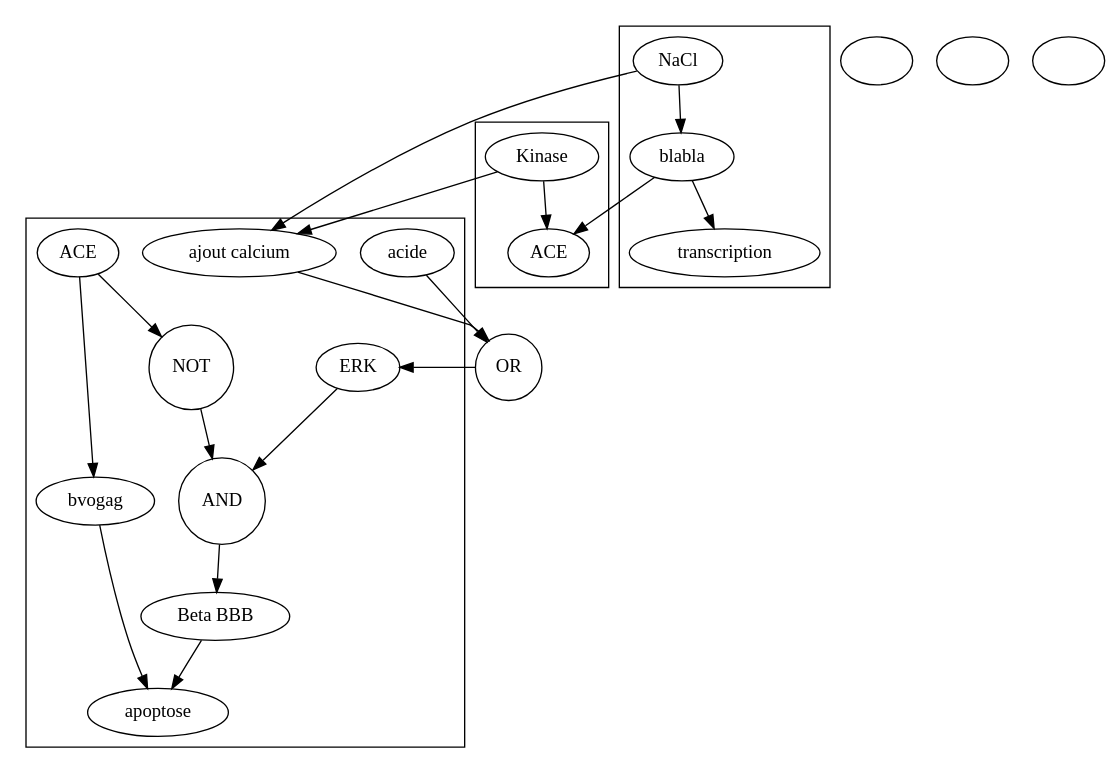
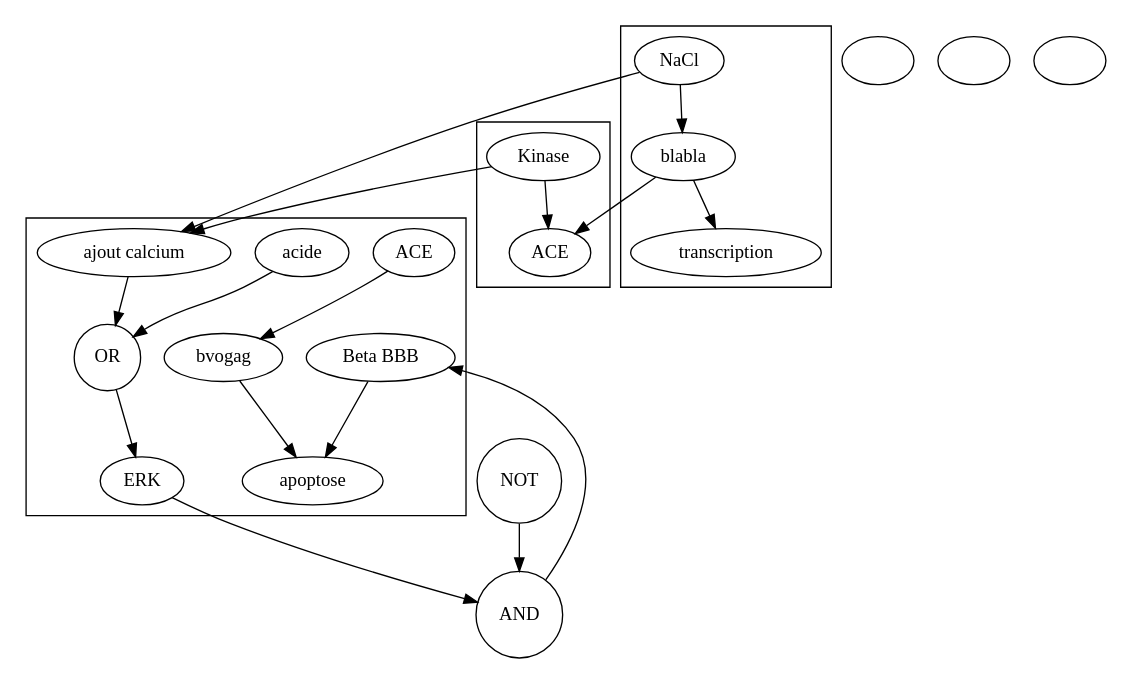
One commit to eleagreugny/LRI changed the diagram in position_graph.gv. Above: the diagram before and after it, drawn with Graphviz. The commit also changed 3 other files, not shown here.

```diff
--- a/position_graph.gv
+++ b/position_graph.gv
@@ -1,42 +1,41 @@
 digraph G {
 	subgraph cluster_0 {
-		glyph13 [label=Kinase]
-		glyph14 [label=ACE]
-	}
-	subgraph cluster_1 {
 		glyph5 [label=ERK]
 		glyph6 [label=acide]
 		glyph9 [label="Beta BBB"]
 		glyph10 [label=apoptose]
 		glyph11 [label=ACE]
 		glyph12 [label=bvogag]
 		glyph18 [label="ajout calcium"]
-		glyph4 [label=NOT shape=circle]
-		glyph8 [label=AND shape=circle]
+		glyph7 [label=OR shape=circle]
+	}
+	subgraph cluster_1 {
+		glyph13 [label=Kinase]
+		glyph14 [label=ACE]
 	}
 	subgraph cluster_2 {
 		glyph15 [label=blabla]
 		glyph16 [label=transcription]
 		glyph17 [label=NaCl]
 	}
 	glyph1 [label=""]
 	glyph2 [label=""]
 	glyph3 [label=""]
-	glyph7 [label=OR shape=circle]
+	glyph4 [label=NOT shape=circle]
+	glyph8 [label=AND shape=circle]
 		glyph7 -> glyph5 [tailclip=true]
 		glyph9 -> glyph10 [tailclip=true]
-		glyph11 -> glyph4 [tailclip=true]
 		glyph4 -> glyph8 [tailclip=true]
 		glyph5 -> glyph8 [tailclip=true]
 		glyph18 -> glyph7 [tailclip=true]
 		glyph6 -> glyph7 [tailclip=true]
 		glyph8 -> glyph9 [tailclip=true]
 		glyph12 -> glyph10 [tailclip=true]
 		glyph11 -> glyph12 [tailclip=true]
 		glyph13 -> glyph18 [tailclip=true]
 		glyph13 -> glyph14 [tailclip=true]
 		glyph15 -> glyph14 [tailclip=true]
 		glyph17 -> glyph15 [tailclip=true]
 		glyph15 -> glyph16 [tailclip=true]
 		glyph17 -> glyph18 [tailclip=true]
 }
```
